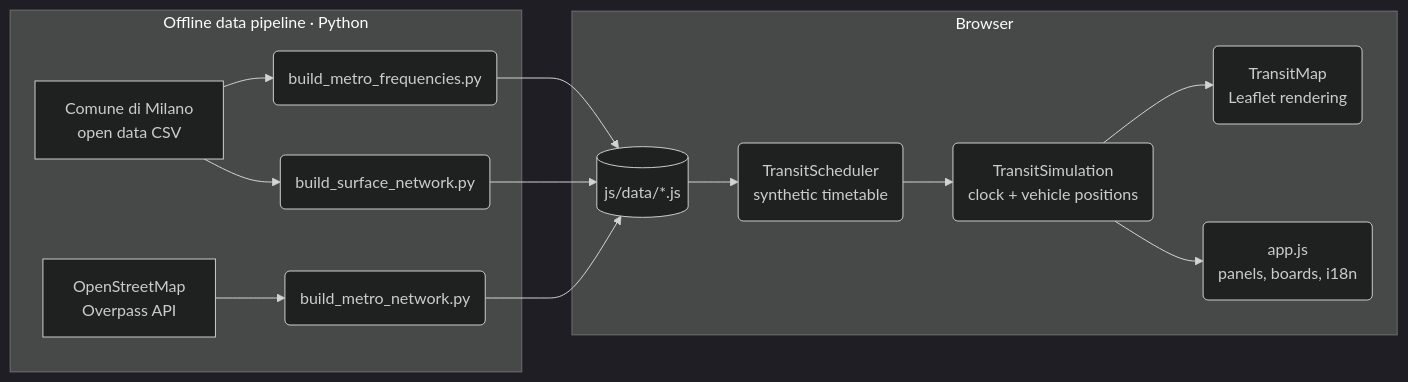
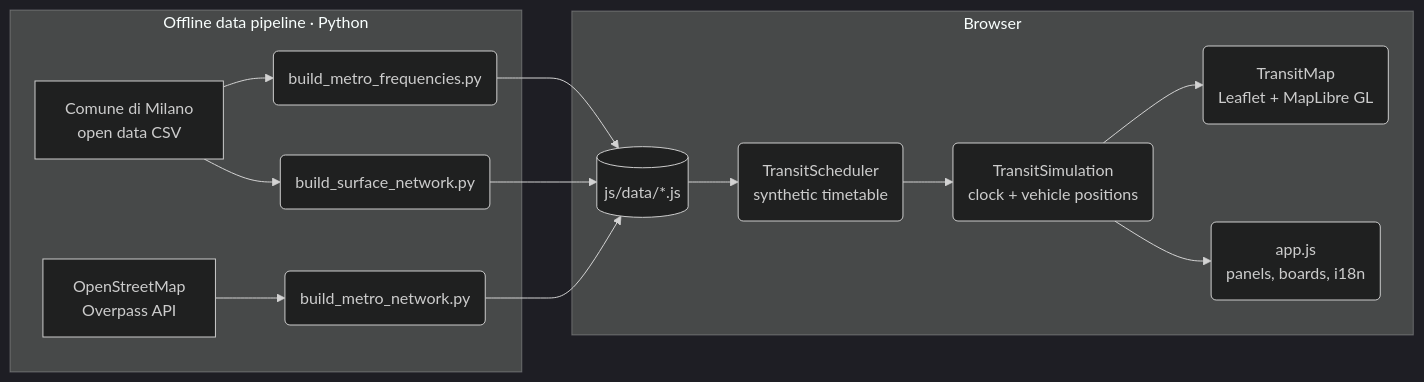
Before and after one commit to DeveloperMatt02/milano-transit-simulator: the diagram in README.md, drawn with Mermaid (dark theme). The commit also changed other lines of this file and 17 other files, not shown here.

````diff
--- a/README.md
+++ b/README.md
@@ -36,17 +39,17 @@
 ```mermaid
 graph LR
     subgraph pipeline [Offline data pipeline · Python]
         A[Comune di Milano<br/>open data CSV] --> C(build_metro_frequencies.py)
         A --> D(build_surface_network.py)
         B[OpenStreetMap<br/>Overpass API] --> E(build_metro_network.py)
     end
     C --> F[(js/data/*.js)]
     D --> F
     E --> F
     subgraph browser [Browser]
         F --> G(TransitScheduler<br/>synthetic timetable)
         G --> H(TransitSimulation<br/>clock + vehicle positions)
-        H --> I(TransitMap<br/>Leaflet rendering)
+        H --> I(TransitMap<br/>Leaflet + MapLibre GL)
         H --> J(app.js<br/>panels, boards, i18n)
     end
 ```
````
